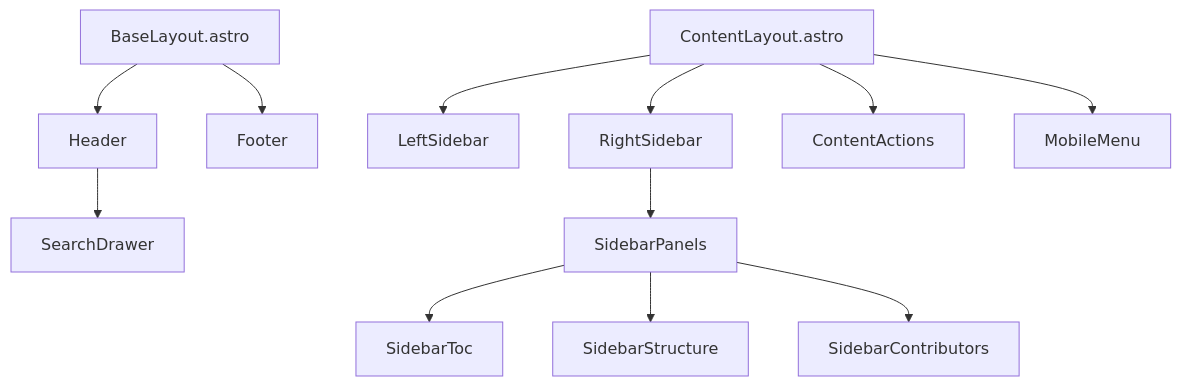
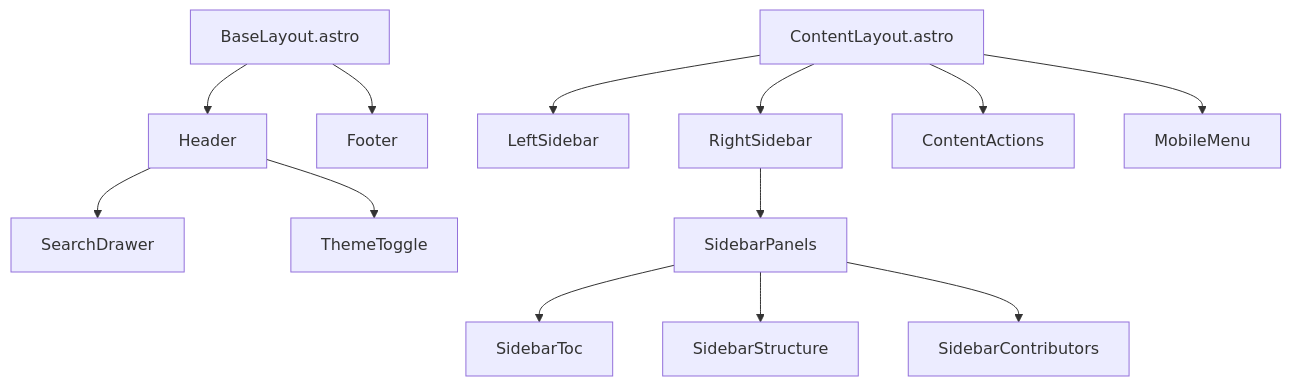
Before and after one commit to zhu-jl18/Fish-AI-Handbook: the diagram in src/components/CLAUDE.md, drawn with Mermaid. The commit also changed other lines of this file and 8 other files, not shown here.

````diff
--- a/src/components/CLAUDE.md
+++ b/src/components/CLAUDE.md
@@ -31,14 +34,15 @@
 ```mermaid
 graph TD
     BaseLayout[BaseLayout.astro] --> Header
     BaseLayout --> Footer
     ContentLayout[ContentLayout.astro] --> LeftSidebar
     ContentLayout --> RightSidebar
     ContentLayout --> ContentActions
     ContentLayout --> MobileMenu
     RightSidebar --> SidebarPanels
     SidebarPanels --> SidebarToc
     SidebarPanels --> SidebarStructure
     SidebarPanels --> SidebarContributors
     Header --> SearchDrawer
+    Header --> ThemeToggle
 ```
````
